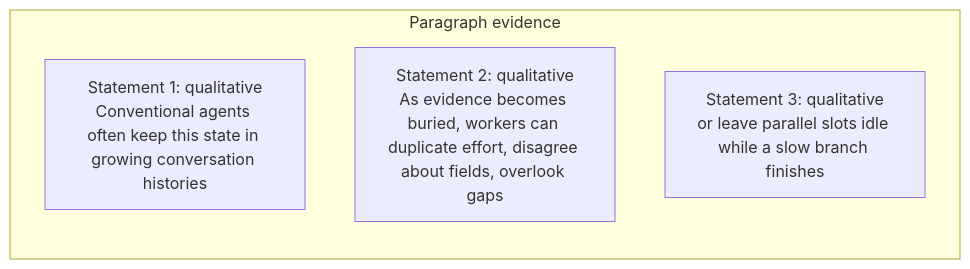
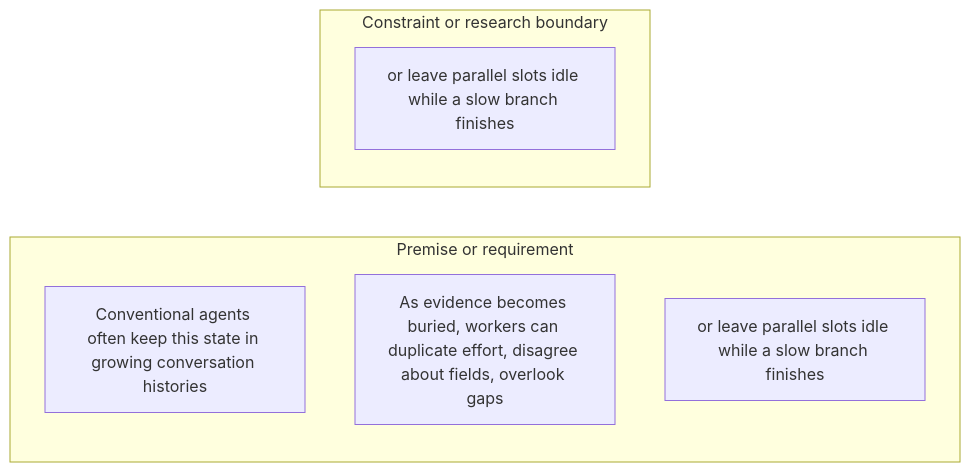
Before and after one commit to Betancourt1/paper_atlas: the fourth of 51 diagrams in docs/visual-manifests/VISUAL_MANIFEST_SEARCHOS_V1.md, drawn with Mermaid. The commit also changed other lines of this file and 7 other files, not shown here.

````diff
--- a/docs/visual-manifests/VISUAL_MANIFEST_SEARCHOS_V1.md
+++ b/docs/visual-manifests/VISUAL_MANIFEST_SEARCHOS_V1.md
@@ -284,8 +290,11 @@
 ```mermaid
 flowchart LR
-  subgraph p1["Paragraph evidence"]
-    p1r1["Statement 1: qualitative<br/>Conventional agents often keep this state in growing conversation histories"]
-    p1r2["Statement 2: qualitative<br/>As evidence becomes buried, workers can duplicate effort, disagree about fields, overlook gaps"]
-    p1r3["Statement 3: qualitative<br/>or leave parallel slots idle while a slow branch finishes"]
+  subgraph g1["Premise or requirement"]
+    g1i1["Conventional agents often keep this state in growing conversation histories"]
+    g1i2["As evidence becomes buried, workers can duplicate effort, disagree about fields, overlook gaps"]
+    g1i3["or leave parallel slots idle while a slow branch finishes"]
+  end
+  subgraph g2["Constraint or research boundary"]
+    g2i1["or leave parallel slots idle while a slow branch finishes"]
   end
 ```
````
